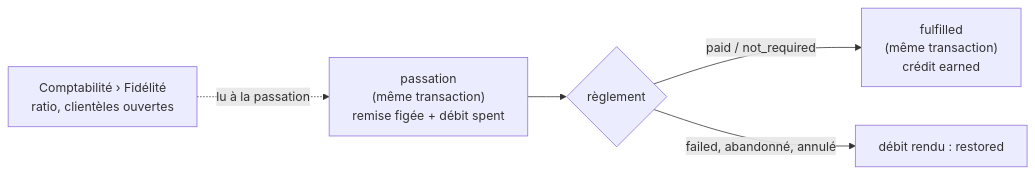
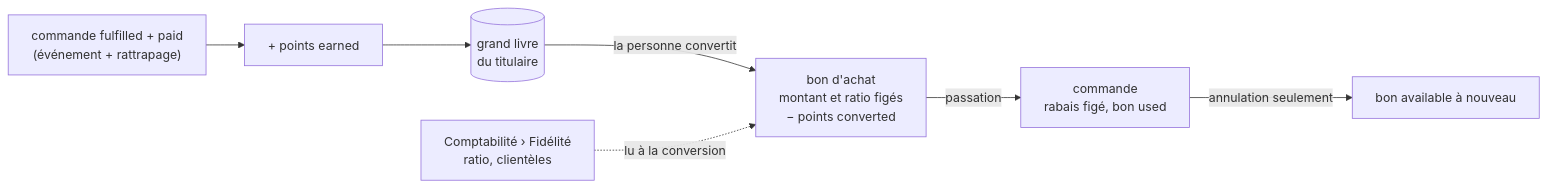
One commit to hugoheynard/lfd changed the diagram in documentation/comptabilite/plan-points-de-fidelite.md. Above: the diagram before and after it, drawn with Mermaid. The commit also changed other lines of this file and 1 other file, not shown here.

First line of the commit message:
docs(comptabilite): la fidélité se convertit en bon d'achat, tenu par la société

````diff
--- a/documentation/comptabilite/plan-points-de-fidelite.md
+++ b/documentation/comptabilite/plan-points-de-fidelite.md
@@ -59,7 +68,9 @@
 ```mermaid
 flowchart LR
-  P["passation<br/>(même transaction)<br/>remise figée + débit spent"] --> OK{"règlement"}
-  OK -->|paid / not_required| F["fulfilled<br/>(même transaction)<br/>crédit earned"]
-  OK -->|failed, abandonné, annulé| R["débit rendu : restored"]
-  S["Comptabilité › Fidélité<br/>ratio, clientèles ouvertes"] -.lu à la passation.-> P
+  F["commande fulfilled + paid<br/>(événement + rattrapage)"] --> E["+ points earned"]
+  E --> L[("grand livre<br/>du titulaire")]
+  L -->|la personne convertit| V["bon d'achat<br/>montant et ratio figés<br/>− points converted"]
+  V -->|passation| O["commande<br/>rabais figé, bon used"]
+  O -->|annulation seulement| V2["bon available à nouveau"]
+  S["Comptabilité › Fidélité<br/>ratio, clientèles"] -.lu à la conversion.-> V
 ```
````
